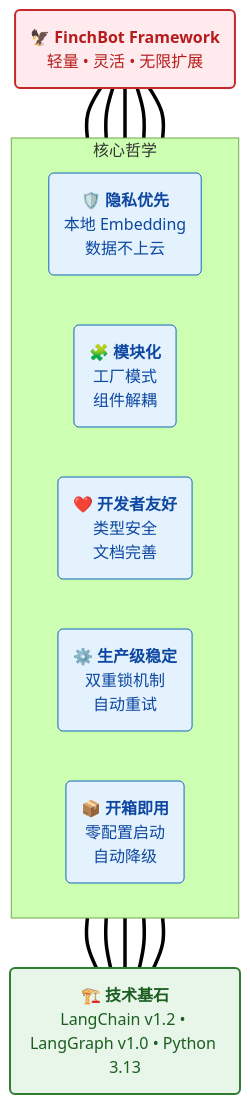
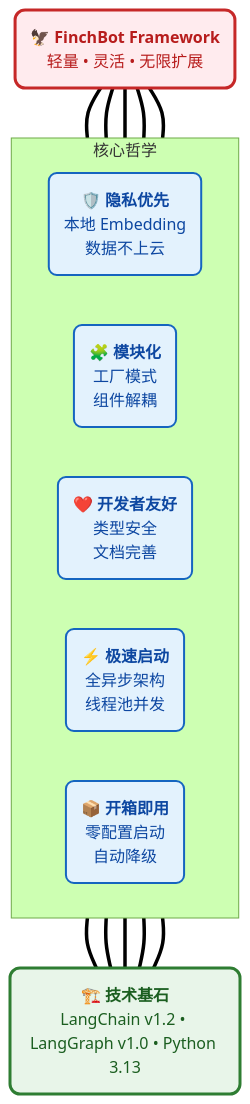
One commit to xt765/FinchBot changed the first of 8 diagrams in README_CN.md. Above: the diagram before and after it, drawn with Mermaid (forest theme). The commit also changed other lines of this file and 17 other files, not shown here.

First line of the commit message:
docs: 全面更新所有文档，美化 Mermaid 图表

````diff
--- a/README_CN.md
+++ b/README_CN.md
@@ -50,27 +66,27 @@
 ```mermaid
 graph BT
     %% 样式定义
-    classDef roof fill:#ffebee,stroke:#c62828,stroke-width:2px,color:#b71c1c;
-    classDef pillar fill:#e3f2fd,stroke:#1565c0,stroke-width:1px,color:#0d47a1;
-    classDef base fill:#e8f5e9,stroke:#2e7d32,stroke-width:2px,color:#1b5e20;
+    classDef roof fill:#ffebee,stroke:#c62828,stroke-width:3px,color:#b71c1c,rx:10,ry:10;
+    classDef pillar fill:#e3f2fd,stroke:#1565c0,stroke-width:2px,color:#0d47a1,rx:8,ry:8;
+    classDef base fill:#e8f5e9,stroke:#2e7d32,stroke-width:3px,color:#1b5e20,rx:10,ry:10;
 
     %% 顶层
     Roof("🦅 <b>FinchBot Framework</b><br/>轻量 • 灵活 • 无限扩展"):::roof
 
     %% 支柱
     subgraph Pillars [核心哲学]
         direction LR
         P("🛡️ <b>隐私优先</b><br/>本地 Embedding<br/>数据不上云"):::pillar
         M("🧩 <b>模块化</b><br/>工厂模式<br/>组件解耦"):::pillar
         D("❤️ <b>开发者友好</b><br/>类型安全<br/>文档完善"):::pillar
-        S("⚙️ <b>生产级稳定</b><br/>双重锁机制<br/>自动重试"):::pillar
+        S("⚡ <b>极速启动</b><br/>全异步架构<br/>线程池并发"):::pillar
         O("📦 <b>开箱即用</b><br/>零配置启动<br/>自动降级"):::pillar
     end
 
     %% 底层
     Base("🏗️ <b>技术基石</b><br/>LangChain v1.2 • LangGraph v1.0 • Python 3.13"):::base
 
     %% 连接
     Base === P & M & D & S & O
     P & M & D & S & O === Roof
 ```
````
